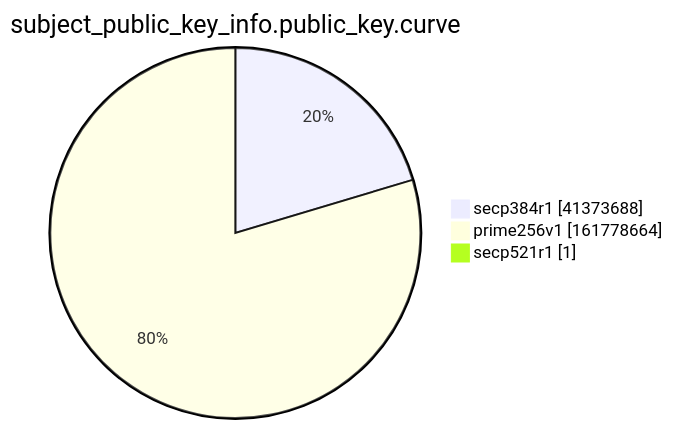
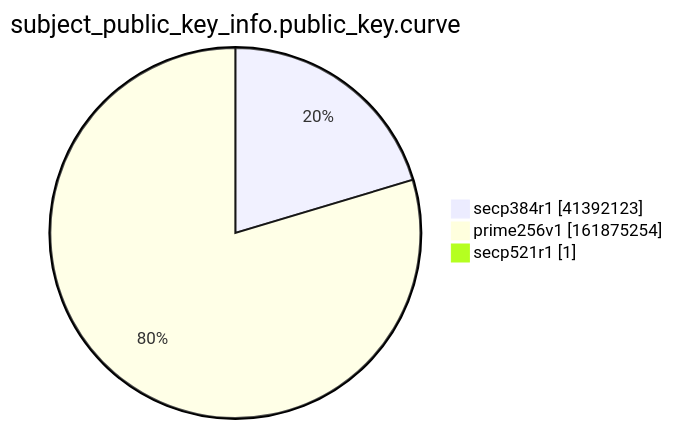
The ninth of 15 diagrams in xenon2022/README.md (christiankrug/ctmonitor_visualization), drawn with Mermaid before and after one commit. The commit also changed other lines of this file, not shown here.

````diff
--- a/xenon2022/README.md
+++ b/xenon2022/README.md
@@ -2868,7 +2868,7 @@
 ```mermaid
 pie showData
 title subject_public_key_info.public_key.curve
-"secp384r1" :41373688
-"prime256v1" :161778664
+"secp384r1" :41392123
+"prime256v1" :161875254
 "secp521r1" :1
 ```
````
